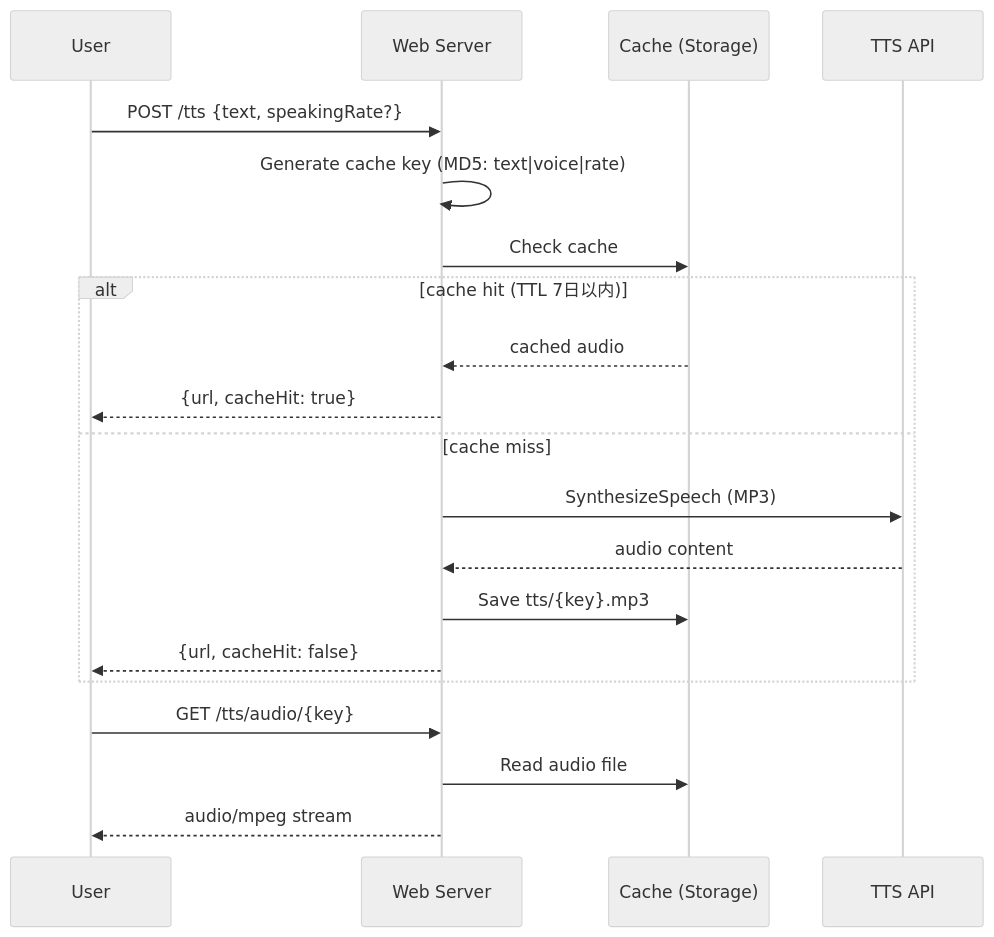
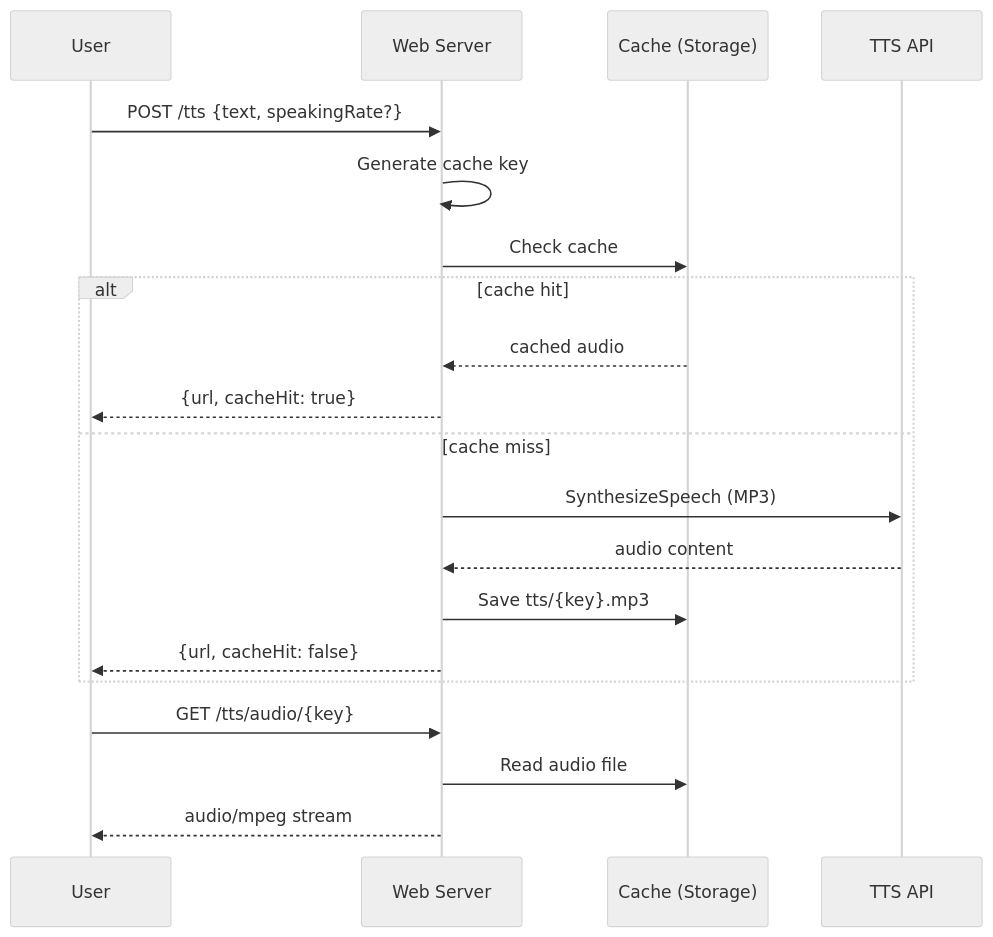
One commit to corocorococoro/LensClip changed the second of 2 diagrams in docs/ai-pipeline.md. Above: the diagram before and after it, drawn with Mermaid (neutral theme). The commit also changed other lines of this file and 12 other files, not shown here.

````diff
--- a/docs/ai-pipeline.md
+++ b/docs/ai-pipeline.md
@@ -108,25 +105,25 @@
 ```mermaid
 sequenceDiagram
     participant U as User
     participant W as Web Server
     participant C as Cache (Storage)
     participant T as TTS API
 
     U->>W: POST /tts {text, speakingRate?}
-    W->>W: Generate cache key (MD5: text|voice|rate)
+    W->>W: Generate cache key
     W->>C: Check cache
 
-    alt cache hit (TTL 7日以内)
+    alt cache hit
         C-->>W: cached audio
         W-->>U: {url, cacheHit: true}
     else cache miss
         W->>T: SynthesizeSpeech (MP3)
         T-->>W: audio content
         W->>C: Save tts/{key}.mp3
         W-->>U: {url, cacheHit: false}
     end
 
     U->>W: GET /tts/audio/{key}
     W->>C: Read audio file
     W-->>U: audio/mpeg stream
 ```
````
